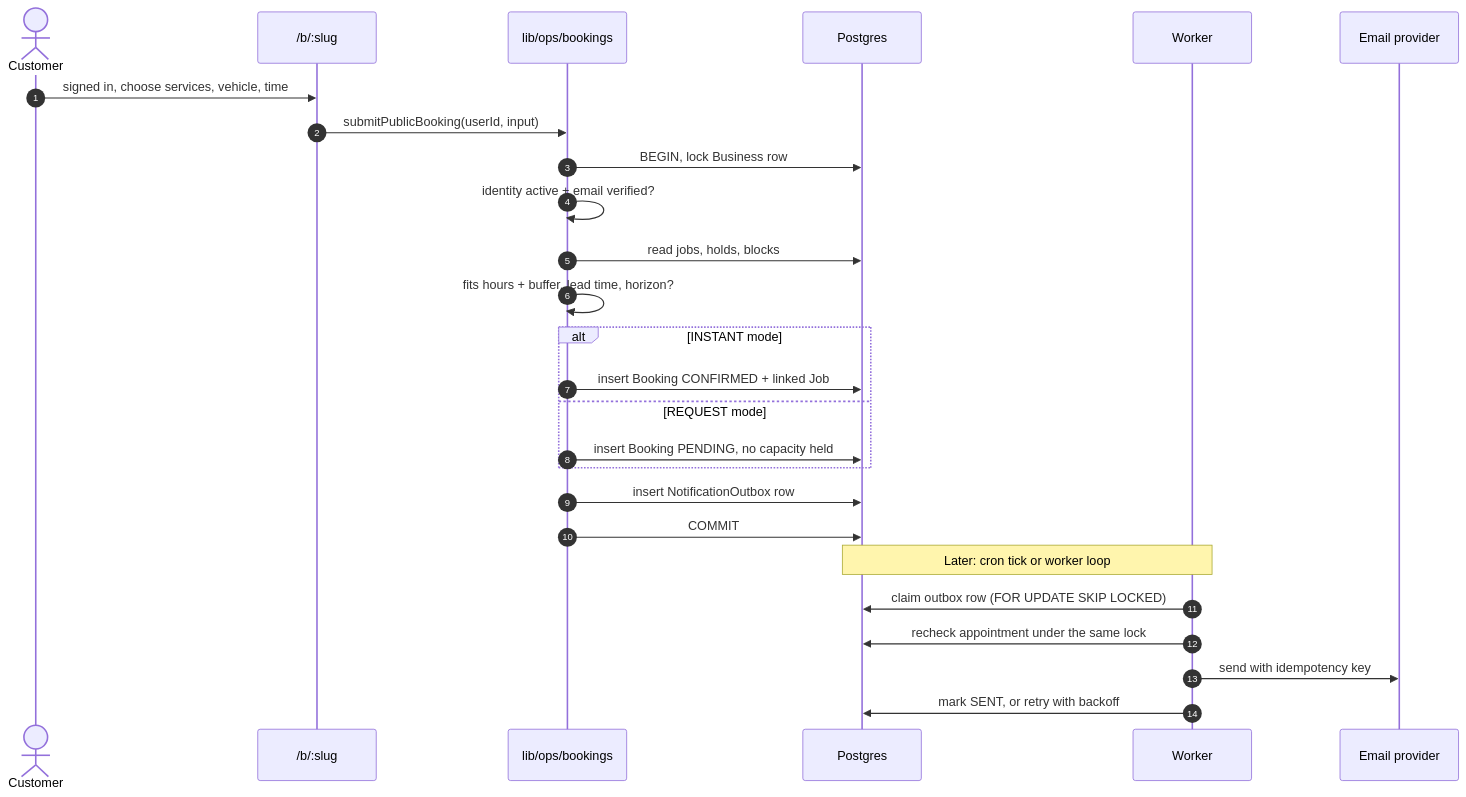
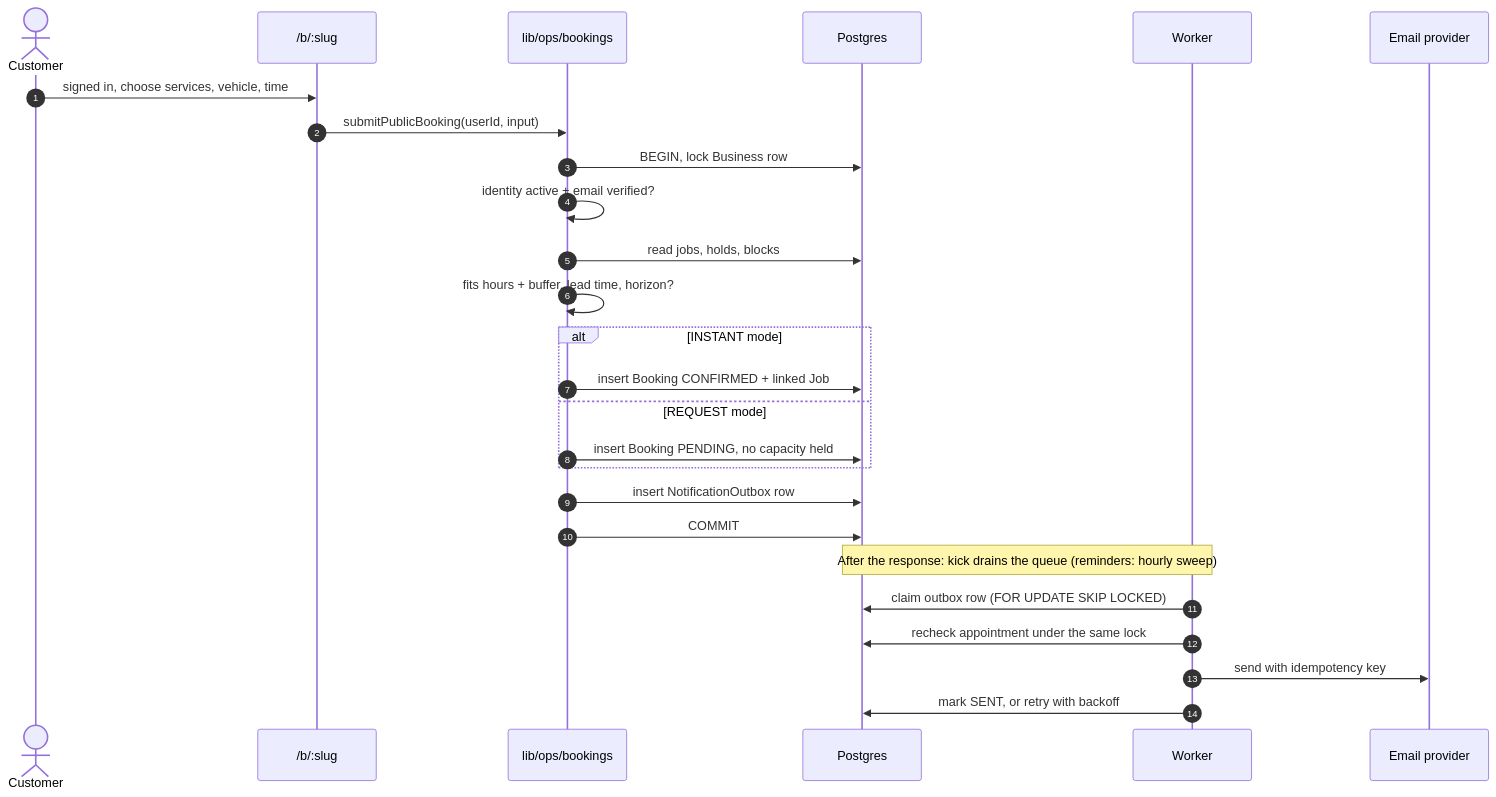
One commit to pr0xiez/suds changed the fifth of 7 diagrams in docs/architecture.md. Above: the diagram before and after it, drawn with Mermaid. The commit also changed other lines of this file and 17 other files, not shown here.

First line of the commit message:
Kick the worker when work is queued instead of polling every minute

````diff
--- a/docs/architecture.md
+++ b/docs/architecture.md
@@ -236,29 +238,29 @@
 ```mermaid
 sequenceDiagram
   autonumber
   actor C as Customer
   participant P as /b/:slug
   participant O as lib/ops/bookings
   participant DB as Postgres
   participant W as Worker
   participant E as Email provider
 
   C->>P: signed in, choose services, vehicle, time
   P->>O: submitPublicBooking(userId, input)
   O->>DB: BEGIN, lock Business row
   O->>O: identity active + email verified?
   O->>DB: read jobs, holds, blocks
   O->>O: fits hours + buffer, lead time, horizon?
   alt INSTANT mode
     O->>DB: insert Booking CONFIRMED + linked Job
   else REQUEST mode
     O->>DB: insert Booking PENDING, no capacity held
   end
   O->>DB: insert NotificationOutbox row
   O->>DB: COMMIT
-  Note over W,DB: Later: cron tick or worker loop
+  Note over W,DB: After the response: kick drains the queue (reminders: hourly sweep)
   W->>DB: claim outbox row (FOR UPDATE SKIP LOCKED)
   W->>DB: recheck appointment under the same lock
   W->>E: send with idempotency key
   W->>DB: mark SENT, or retry with backoff
 ```
````
